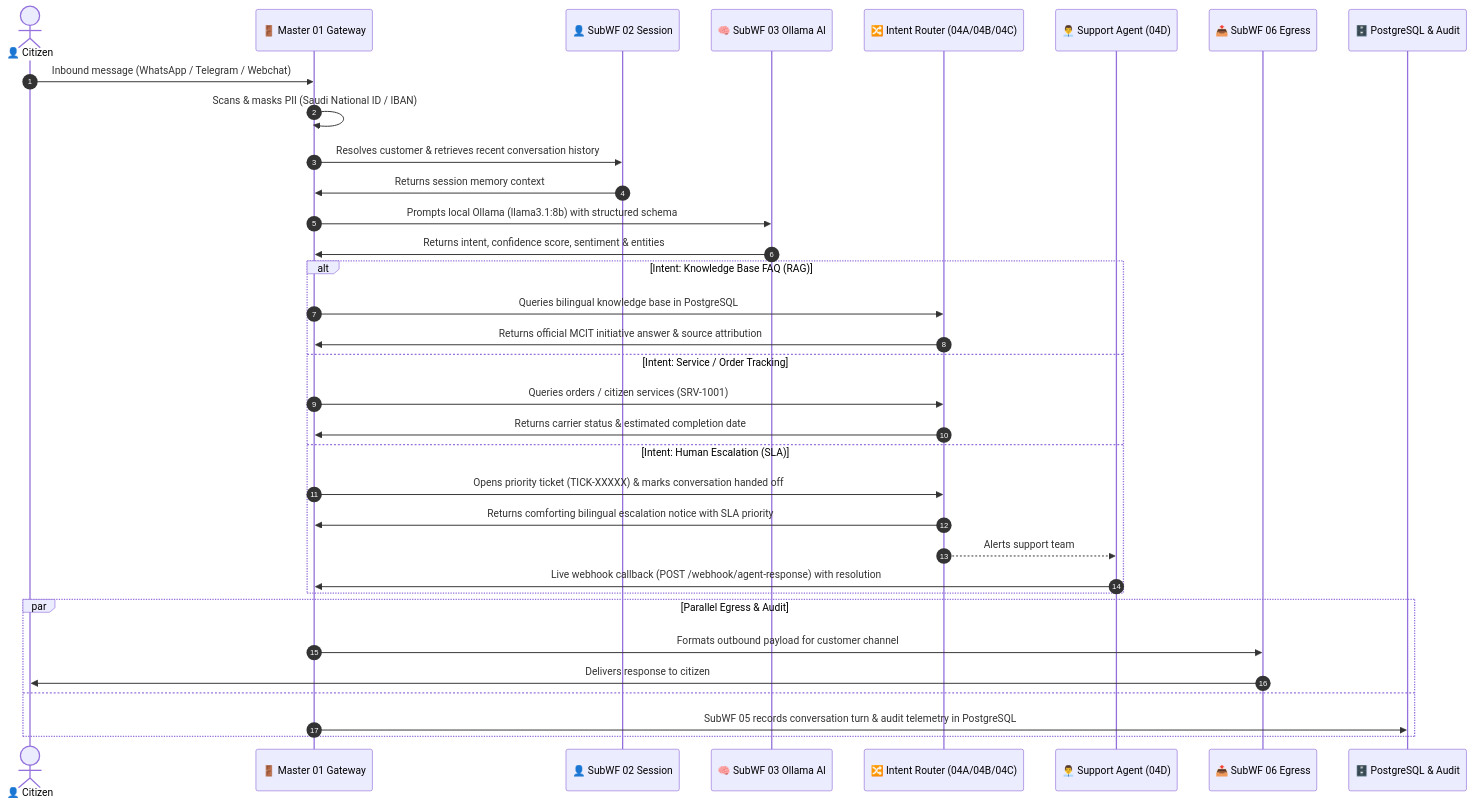
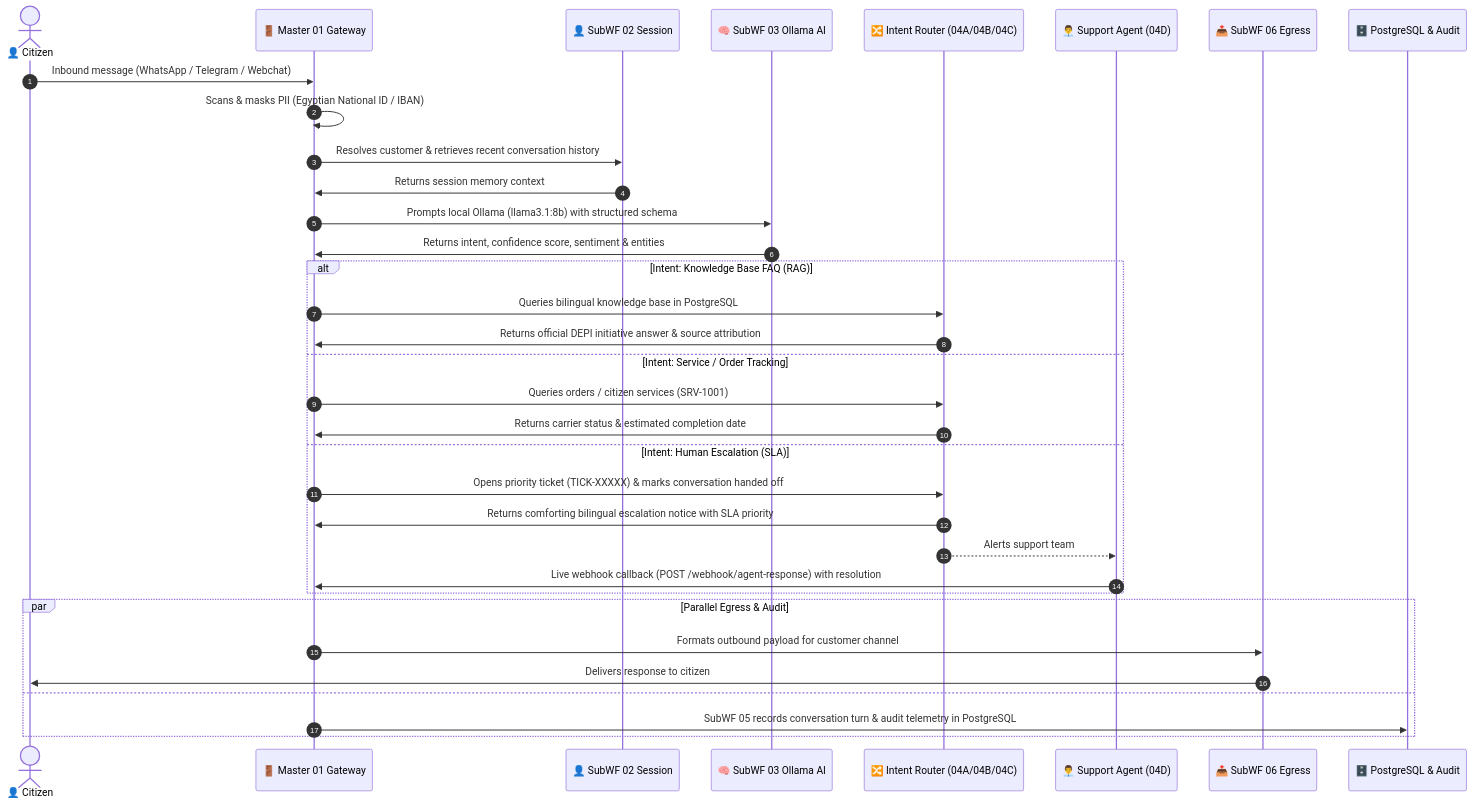
Before and after one commit to GhariebML/NexaServe: the diagram in README.md, drawn with Mermaid. The commit also changed other lines of this file and 45 other files, not shown here.

````diff
--- a/README.md
+++ b/README.md
@@ -76,39 +76,39 @@
 ```mermaid
 sequenceDiagram
     autonumber
     actor Citizen as 👤 Citizen
     participant GW as 🚪 Master 01 Gateway
     participant SM as 👤 SubWF 02 Session
     participant AI as 🧠 SubWF 03 Ollama AI
     participant Core as 🔀 Intent Router (04A/04B/04C)
     participant AGNT as 👨‍💼 Support Agent (04D)
     participant OUT as 📤 SubWF 06 Egress
     participant DB as 🗄️ PostgreSQL & Audit
 
     Citizen->>GW: Inbound message (WhatsApp / Telegram / Webchat)
-    GW->>GW: Scans & masks PII (Saudi National ID / IBAN)
+    GW->>GW: Scans & masks PII (Egyptian National ID / IBAN)
     GW->>SM: Resolves customer & retrieves recent conversation history
     SM->>GW: Returns session memory context
     GW->>AI: Prompts local Ollama (llama3.1:8b) with structured schema
     AI->>GW: Returns intent, confidence score, sentiment & entities
     
     alt Intent: Knowledge Base FAQ (RAG)
         GW->>Core: Queries bilingual knowledge base in PostgreSQL
-        Core->>GW: Returns official MCIT initiative answer & source attribution
+        Core->>GW: Returns official DEPI initiative answer & source attribution
     else Intent: Service / Order Tracking
         GW->>Core: Queries orders / citizen services (SRV-1001)
         Core->>GW: Returns carrier status & estimated completion date
     else Intent: Human Escalation (SLA)
         GW->>Core: Opens priority ticket (TICK-XXXXX) & marks conversation handed off
         Core->>GW: Returns comforting bilingual escalation notice with SLA priority
         Core-->>AGNT: Alerts support team
         AGNT->>GW: Live webhook callback (POST /webhook/agent-response) with resolution
     end
 
     par Parallel Egress & Audit
         GW->>OUT: Formats outbound payload for customer channel
         OUT->>Citizen: Delivers response to citizen
     and
         GW->>DB: SubWF 05 records conversation turn & audit telemetry in PostgreSQL
     end
 ```
````
